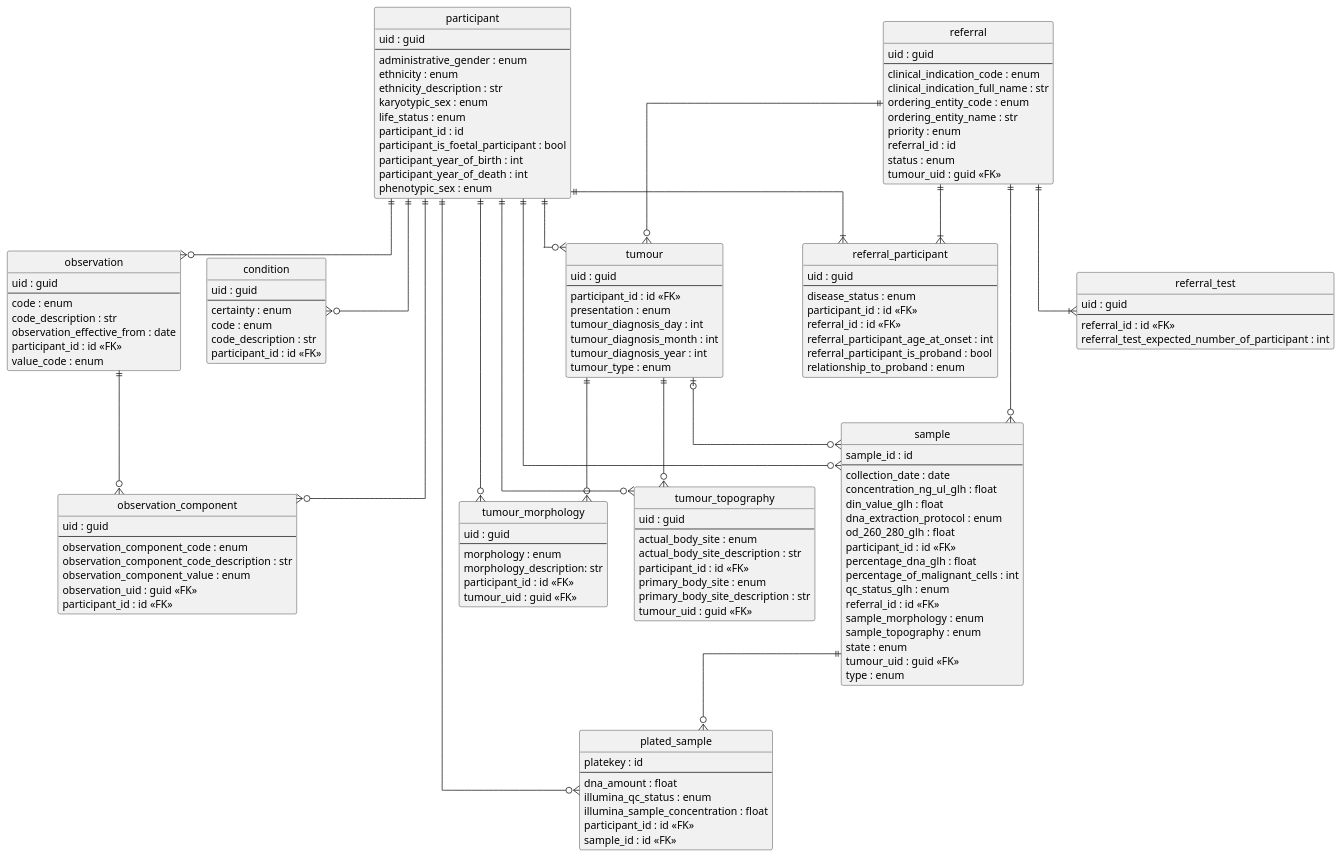
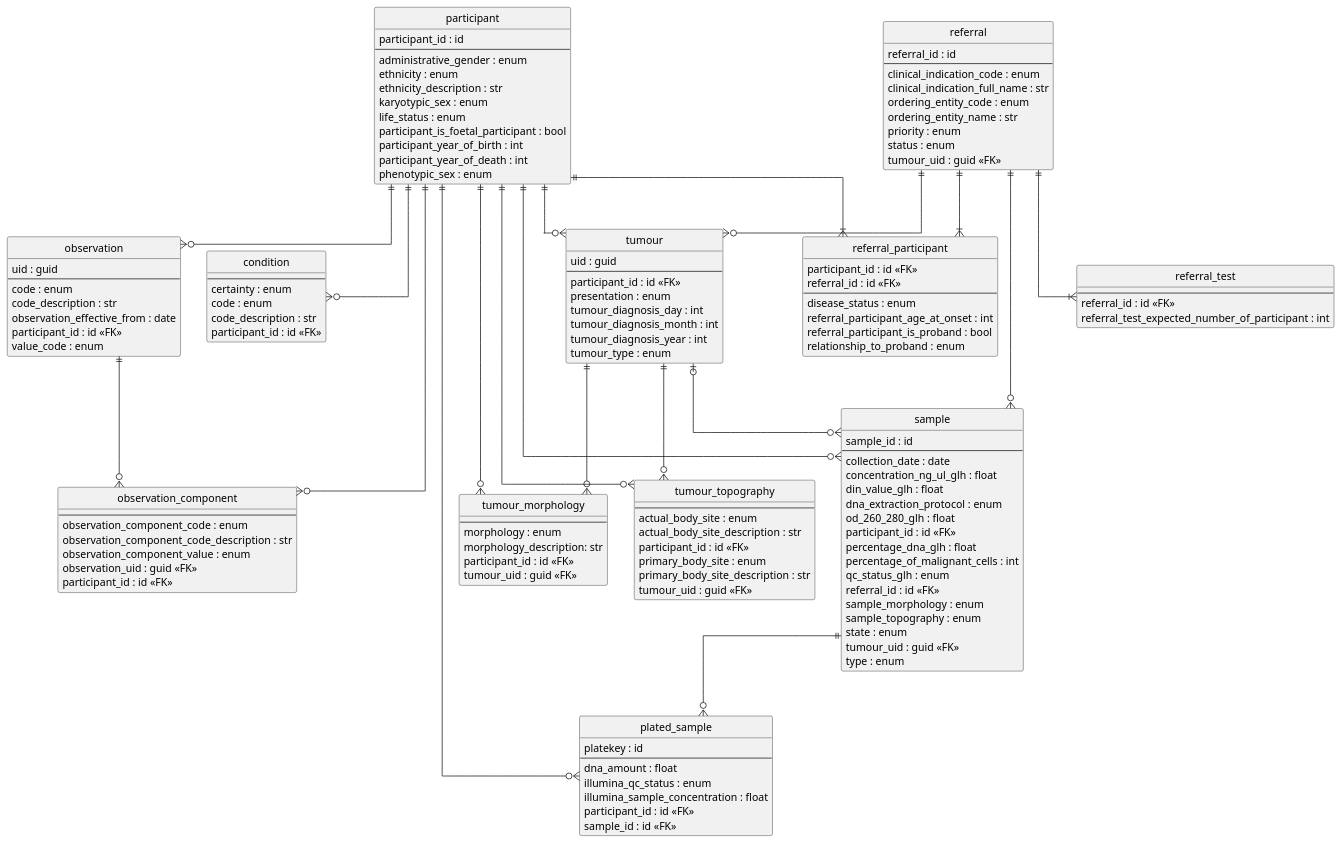
One commit to genomicsengland/gms_rr_data_dictionary changed the diagram in er_diag.plantuml. Above: the diagram before and after it, drawn with PlantUML. The commit also changed 8 other files, not shown here.

```diff
--- a/er_diag.plantuml
+++ b/er_diag.plantuml
@@ -1,168 +1,160 @@
 @startuml
 
 ' hide the spot
 hide circle
 
 ' avoid problems with angled crows feet
 skinparam linetype ortho
 
 ' declare all the entities
 
 entity "condition" {
-    uid : guid
     --
     certainty : enum
     code : enum
     code_description : str
     participant_id : id <<FK>>
 }
 
 entity "observation" {
     uid : guid
     --
     code : enum
     code_description : str
     observation_effective_from : date
     participant_id : id <<FK>>
     value_code : enum
 }
 
 entity "observation_component" {
-    uid : guid
     --
     observation_component_code : enum
     observation_component_code_description : str
     observation_component_value : enum
     observation_uid : guid <<FK>>
     participant_id : id <<FK>>
 }
 
 entity "participant" {
-    uid : guid
+    participant_id : id
     --
     administrative_gender : enum
     ethnicity : enum
     ethnicity_description : str
     karyotypic_sex : enum
     life_status : enum
-    participant_id : id
     participant_is_foetal_participant : bool
     participant_year_of_birth : int
     participant_year_of_death : int
     phenotypic_sex : enum
 }
 
 entity "plated_sample" {
     platekey : id
     --
     dna_amount : float
     illumina_qc_status : enum
     illumina_sample_concentration : float
     participant_id : id <<FK>>
     sample_id : id <<FK>>
 }
 
 entity "referral" {
-    uid : guid
+    referral_id : id
     --
     clinical_indication_code : enum
     clinical_indication_full_name : str
     ordering_entity_code : enum
     ordering_entity_name : str
     priority : enum
-    referral_id : id
     status : enum
     tumour_uid : guid <<FK>>
 }
 
 entity "referral_participant" {
-    uid : guid
+    participant_id : id <<FK>>
+    referral_id : id <<FK>>
     --
     disease_status : enum
-    participant_id : id <<FK>>
-    referral_id : id <<FK>>
     referral_participant_age_at_onset : int
     referral_participant_is_proband : bool
     relationship_to_proband : enum
 }
 
 entity "referral_test" {
-    uid : guid
     --
     referral_id : id <<FK>>
     referral_test_expected_number_of_participant : int
 }
 
 entity "sample" {
     sample_id : id
     --
     collection_date : date
     concentration_ng_ul_glh : float
     din_value_glh : float
     dna_extraction_protocol : enum
     od_260_280_glh : float
     participant_id : id <<FK>>
     percentage_dna_glh : float
     percentage_of_malignant_cells : int
     qc_status_glh : enum
     referral_id : id <<FK>>
     sample_morphology : enum
     sample_topography : enum
     state : enum
     tumour_uid : guid <<FK>>
     type : enum
 }
 
 entity "tumour" {
     uid : guid
     --
     participant_id : id <<FK>>
     presentation : enum
     tumour_diagnosis_day : int
     tumour_diagnosis_month : int
     tumour_diagnosis_year : int
     tumour_type : enum
 }
 
 entity "tumour_morphology" {
-    uid : guid
     --
     morphology : enum
     morphology_description: str
     participant_id : id <<FK>>
     tumour_uid : guid <<FK>>
 }
 
 entity "tumour_topography" {
-    uid : guid
     --
     actual_body_site : enum
     actual_body_site_description : str
     participant_id : id <<FK>>
     primary_body_site : enum
     primary_body_site_description : str
     tumour_uid : guid <<FK>>
 }
 
 ' declare the relationships
 
 participant ||--o{ condition
 participant ||--o{ observation
 participant ||--o{ observation_component
 participant ||--o{ plated_sample
 participant ||--o{ sample
 participant ||--|{ referral_participant
 participant ||--o{ tumour
 participant ||--o{ tumour_morphology
 participant ||--o{ tumour_topography
 observation ||--o{ observation_component
 tumour ||--o{ tumour_morphology
 tumour ||--o{ tumour_topography
 tumour |o--o{ sample
 sample ||--o{ plated_sample
 referral ||--o{ tumour
 referral ||--|{ referral_participant
 referral ||--|{ referral_test
 referral ||--o{ sample
 
 @enduml
```
